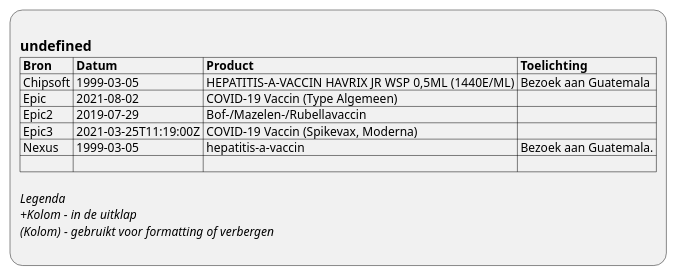
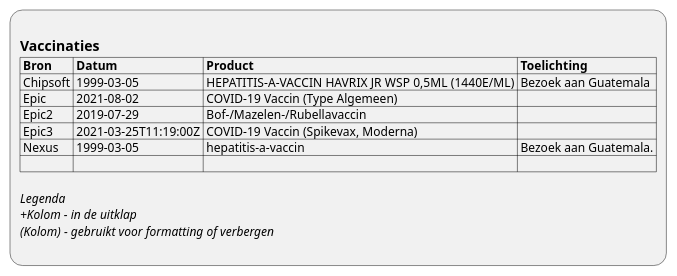
One commit to RIVO-Noord/zorgviewer-ig changed the diagram in input/images-source/ViewDefinition-Immunization.plantuml. Above: the diagram before and after it, drawn with PlantUML. The commit also changed 1 other file, not shown here.

```diff
--- a/input/images-source/ViewDefinition-Immunization.plantuml
+++ b/input/images-source/ViewDefinition-Immunization.plantuml
@@ -1,16 +1,16 @@
 @startuml ViewDefinition-Immunization
 :
-== undefined
+== Vaccinaties
 |= Bron |= Datum |= Product |= Toelichting |
 | Chipsoft | 1999-03-05 | HEPATITIS-A-VACCIN HAVRIX JR WSP 0,5ML (1440E/ML) | Bezoek aan Guatemala |
 | Epic | 2021-08-02 | COVID-19 Vaccin (Type Algemeen) |  |
 | Epic2 | 2019-07-29 | Bof-/Mazelen-/Rubellavaccin |  |
 | Epic3 | 2021-03-25T11:19:00Z | COVID-19 Vaccin (Spikevax, Moderna) |  |
 | Nexus | 1999-03-05 | hepatitis-a-vaccin | Bezoek aan Guatemala. |
 | |
 
 //Legenda//
 //+Kolom - in de uitklap//
 //(Kolom) - gebruikt voor formatting of verbergen//
 ;
 @enduml
```
